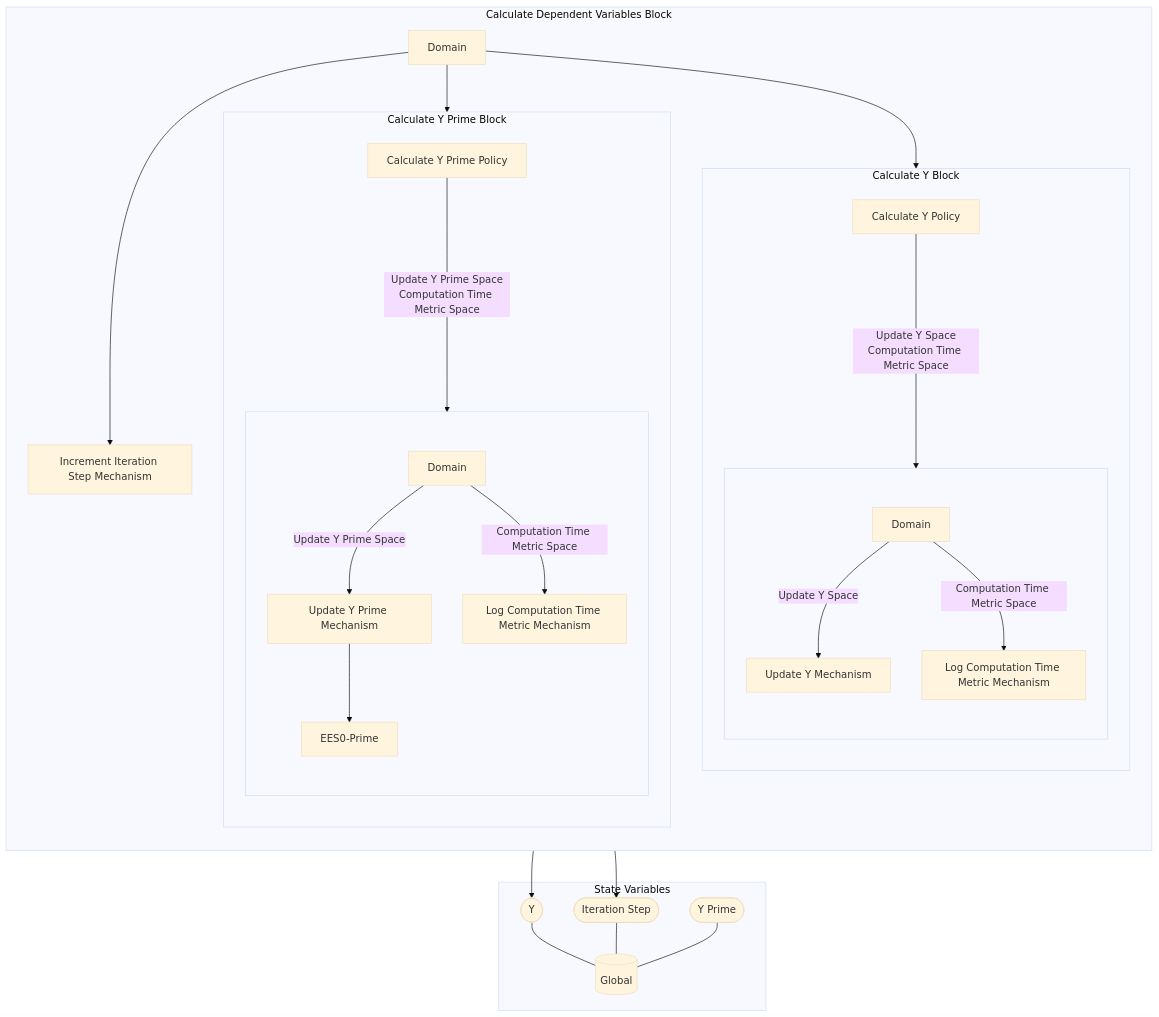
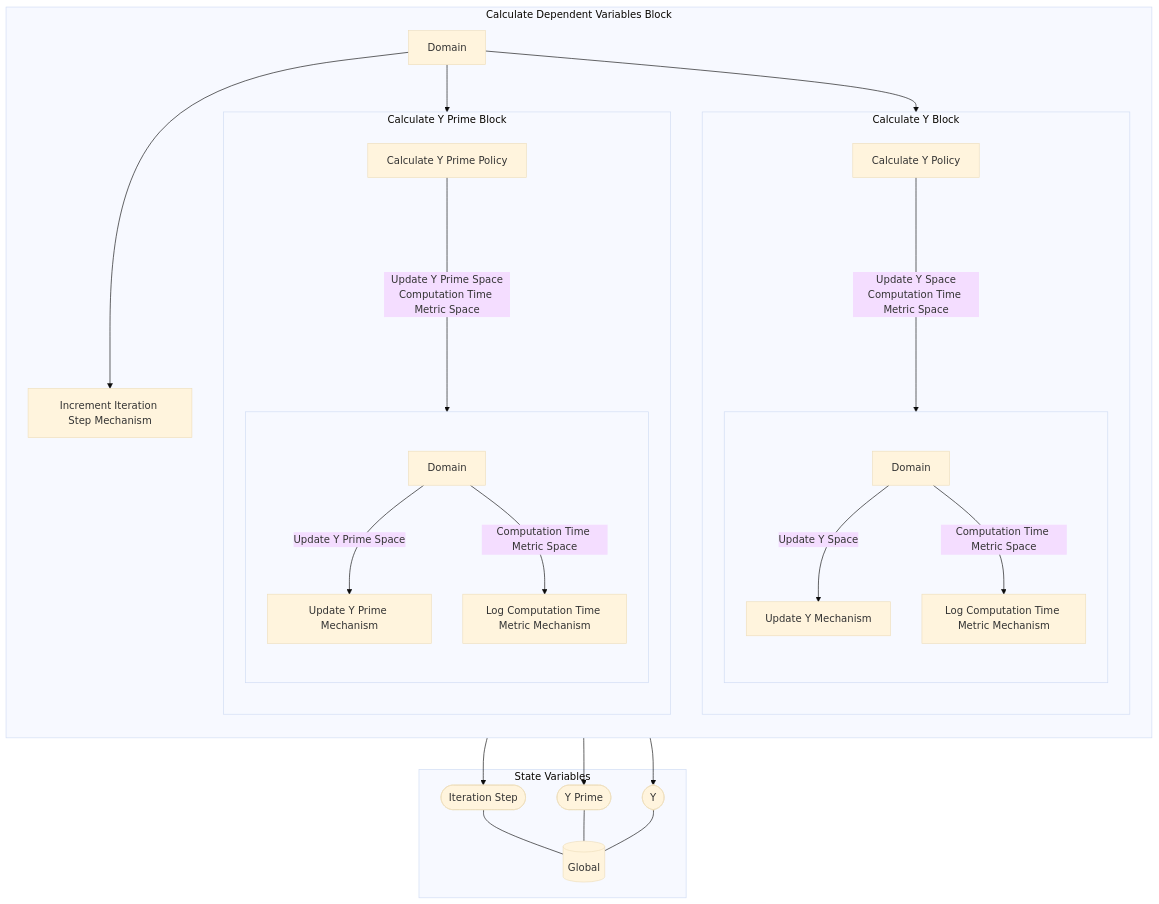
The diagram in MSML/reports/Markdown/Wiring/Calculate Dependent Variables Block.md (SeanMcOwen/Root-Finding-Simulation), drawn with Mermaid (base theme) before and after one commit. The commit also changed other lines of this file and 15 other files, not shown here.

````diff
--- a/MSML/reports/Markdown/Wiring/Calculate Dependent Variables Block.md
+++ b/MSML/reports/Markdown/Wiring/Calculate Dependent Variables Block.md
@@ -3,62 +3,62 @@
 ```mermaid
 graph TB
 
 subgraph SVS["State Variables"]
 EE0[("Global")]
-EES0(["Y"])
+EES0(["Iteration Step"])
 EES0 --- EE0
-EES1(["Iteration Step"])
+EES1(["Y Prime"])
 EES1 --- EE0
-EES2(["Y Prime"])
+EES2(["Y"])
 EES2 --- EE0
 end
 
 subgraph X18["Calculate Dependent Variables Block"]
 direction TB
 subgraph X7["Calculate Y Block"]
 direction TB
 X1["Calculate Y Policy"]
 subgraph X6[" "]
 direction TB
 X2["Update Y Mechanism"]
-X2 --> EES0
+X2 --> EES2
 X3["Log Computation Time Metric Mechanism"]
 X4[Domain]
 
 direction LR
 direction TB
 X4 --"Update Y Space"--> X2
 X4 --"Computation Time Metric Space"--> X3
 end
 X1--"Update Y Space
 Computation Time Metric Space"---->X6
 end
 subgraph X14["Calculate Y Prime Block"]
 direction TB
 X8["Calculate Y Prime Policy"]
 subgraph X13[" "]
 direction TB
 X9["Update Y Prime Mechanism"]
-X9 --> EES0-Prime
+X9 --> EES1
 X10["Log Computation Time Metric Mechanism"]
 X11[Domain]
 
 direction LR
 direction TB
 X11 --"Update Y Prime Space"--> X9
 X11 --"Computation Time Metric Space"--> X10
 end
 X8--"Update Y Prime Space
 Computation Time Metric Space"---->X13
 end
 X15["Increment Iteration Step Mechanism"]
-X15 --> EES1
+X15 --> EES0
 X16[Domain]
 
 direction LR
 direction TB
 X16 --> X7
 X16 --> X14
 X16 --> X15
 end
 ```
````
